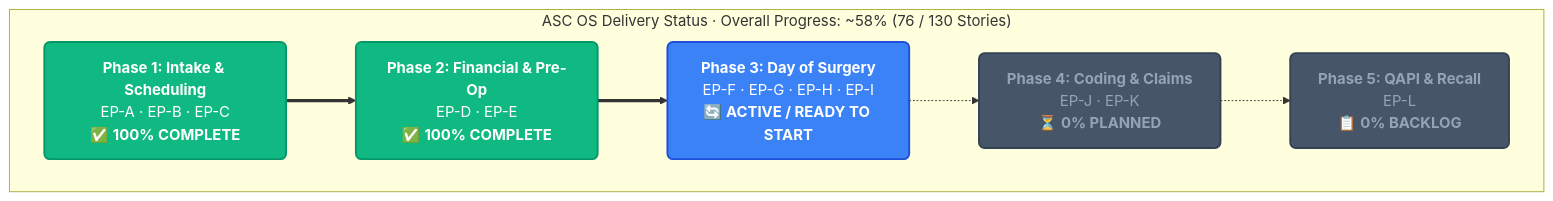
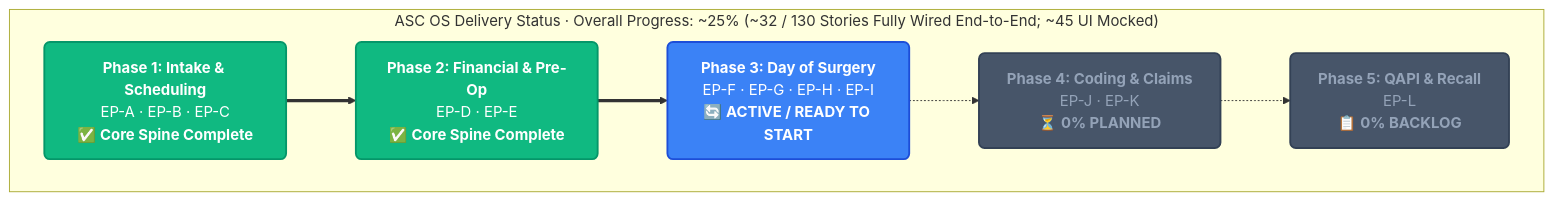
One commit to imRahul05/ASC-EHR changed the first of 2 diagrams in README.md. Above: the diagram before and after it, drawn with Mermaid. The commit also changed other lines of this file and 3 other files, not shown here.

````diff
--- a/README.md
+++ b/README.md
@@ -20,17 +20,17 @@
 ```mermaid
 flowchart LR
     classDef done fill:#10b981,stroke:#059669,stroke-width:2px,color:#fff,rx:6px,ry:6px
     classDef active fill:#3b82f6,stroke:#1d4ed8,stroke-width:2px,color:#fff,rx:6px,ry:6px
     classDef planned fill:#475569,stroke:#334155,stroke-width:2px,color:#94a3b8,rx:6px,ry:6px
 
-    subgraph Roadmap ["ASC OS Delivery Status · Overall Progress: ~58% (76 / 130 Stories)"]
+    subgraph Roadmap ["ASC OS Delivery Status · Overall Progress: ~25% (~32 / 130 Stories Fully Wired End-to-End; ~45 UI Mocked)"]
         direction LR
-        P1["<b>Phase 1: Intake & Scheduling</b><br/>EP-A · EP-B · EP-C<br/>✅ <b>100% COMPLETE</b>"]:::done
-        P2["<b>Phase 2: Financial & Pre-Op</b><br/>EP-D · EP-E<br/>✅ <b>100% COMPLETE</b>"]:::done
+        P1["<b>Phase 1: Intake & Scheduling</b><br/>EP-A · EP-B · EP-C<br/>✅ <b>Core Spine Complete</b>"]:::done
+        P2["<b>Phase 2: Financial & Pre-Op</b><br/>EP-D · EP-E<br/>✅ <b>Core Spine Complete</b>"]:::done
         P3["<b>Phase 3: Day of Surgery</b><br/>EP-F · EP-G · EP-H · EP-I<br/>🔄 <b>ACTIVE / READY TO START</b>"]:::active
         P4["<b>Phase 4: Coding & Claims</b><br/>EP-J · EP-K<br/>⏳ <b>0% PLANNED</b>"]:::planned
         P5["<b>Phase 5: QAPI & Recall</b><br/>EP-L<br/>📋 <b>0% BACKLOG</b>"]:::planned
 
         P1 ==> P2 ==> P3 -.-> P4 -.-> P5
     end
 ```
````
